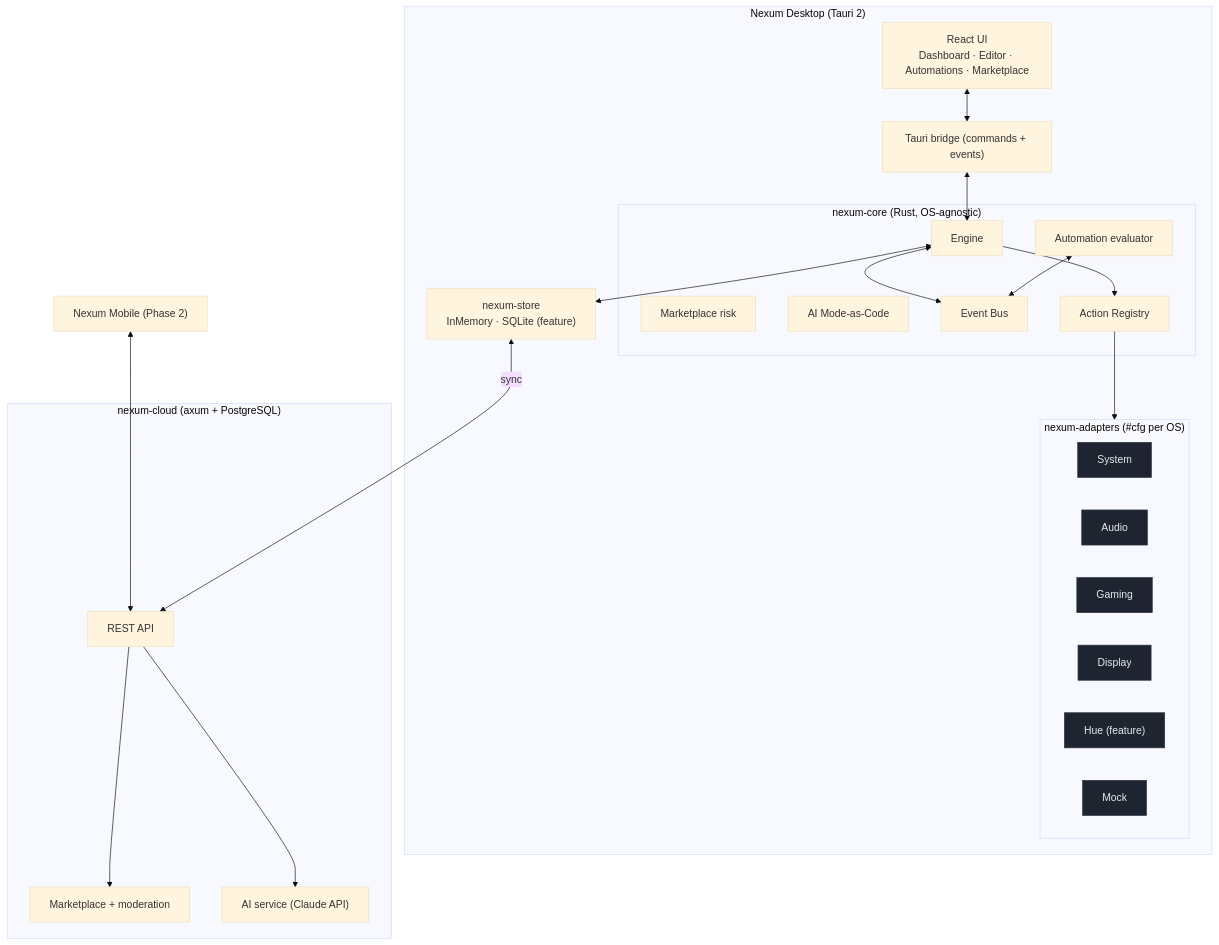
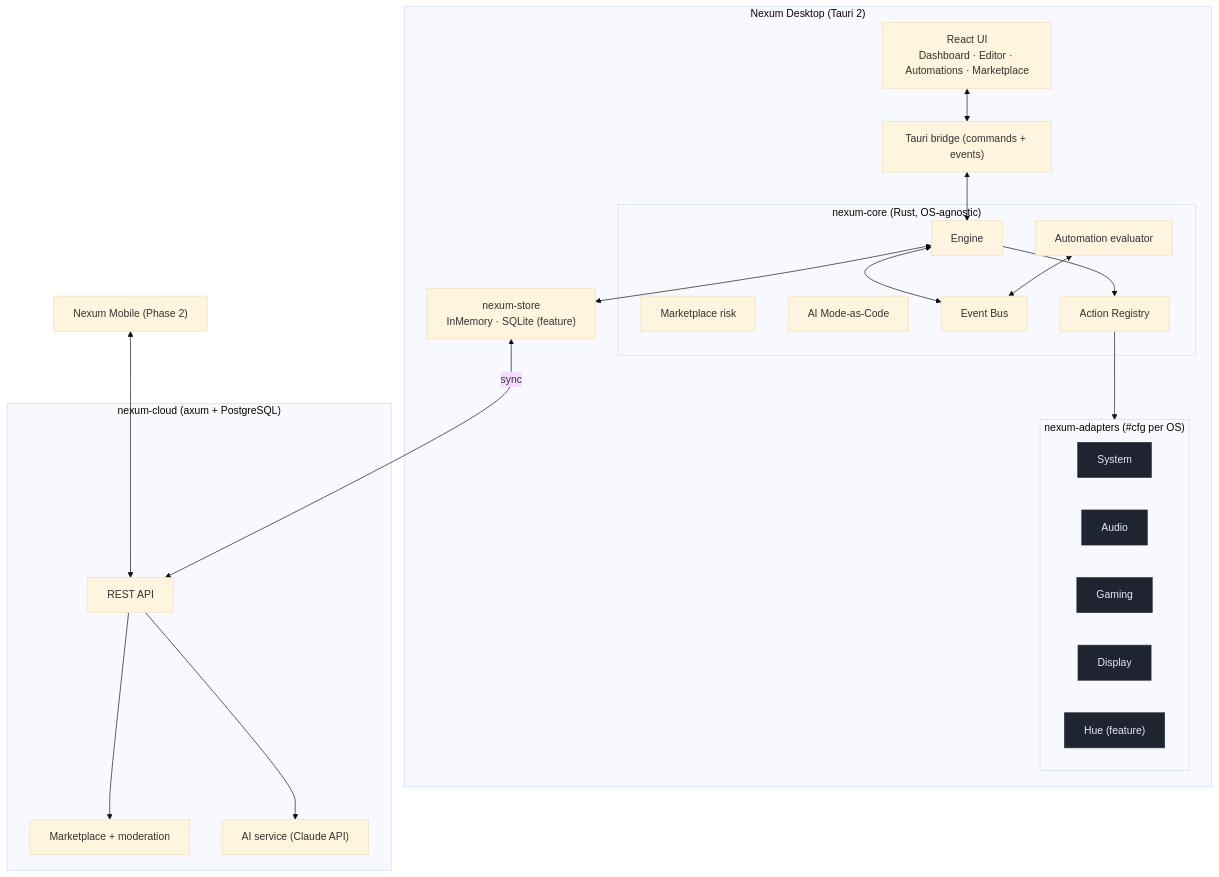
The first of 4 diagrams in docs/ARCHITECTURE.md (TeamNexum/Nexum), drawn with Mermaid (base theme) before and after one commit. The commit also changed other lines of this file and 76 other files, not shown here.

````diff
--- a/docs/ARCHITECTURE.md
+++ b/docs/ARCHITECTURE.md
@@ -15,42 +15,41 @@
 ```mermaid
 flowchart TB
     subgraph Client["Nexum Desktop (Tauri 2)"]
         UI["React UI<br/>Dashboard · Editor · Automations · Marketplace"]
         Bridge["Tauri bridge (commands + events)"]
         subgraph Core["nexum-core (Rust, OS-agnostic)"]
             Engine["Engine"]
             Auto["Automation evaluator"]
             Market["Marketplace risk"]
             AI["AI Mode-as-Code"]
             Bus["Event Bus"]
             Reg["Action Registry"]
         end
         subgraph Adapters["nexum-adapters (#cfg per OS)"]
             A1["System"]:::a
             A2["Audio"]:::a
             A3["Gaming"]:::a
             A4["Display"]:::a
             A5["Hue (feature)"]:::a
-            A6["Mock"]:::a
         end
         Store["nexum-store<br/>InMemory · SQLite (feature)"]
     end
     subgraph Cloud["nexum-cloud (axum + PostgreSQL)"]
         API["REST API"]
         CMarket["Marketplace + moderation"]
         CAI["AI service (Claude API)"]
     end
     Mobile["Nexum Mobile (Phase 2)"]
 
     UI <--> Bridge <--> Engine
     Engine --> Reg --> Adapters
     Engine <--> Bus
     Auto <--> Bus
     Engine <--> Store
     Store <-->|sync| API
     API --> CMarket
     API --> CAI
     Mobile <--> API
 
     classDef a fill:#1e2530,stroke:#2a323f,color:#e7eaf0;
 ```
````
